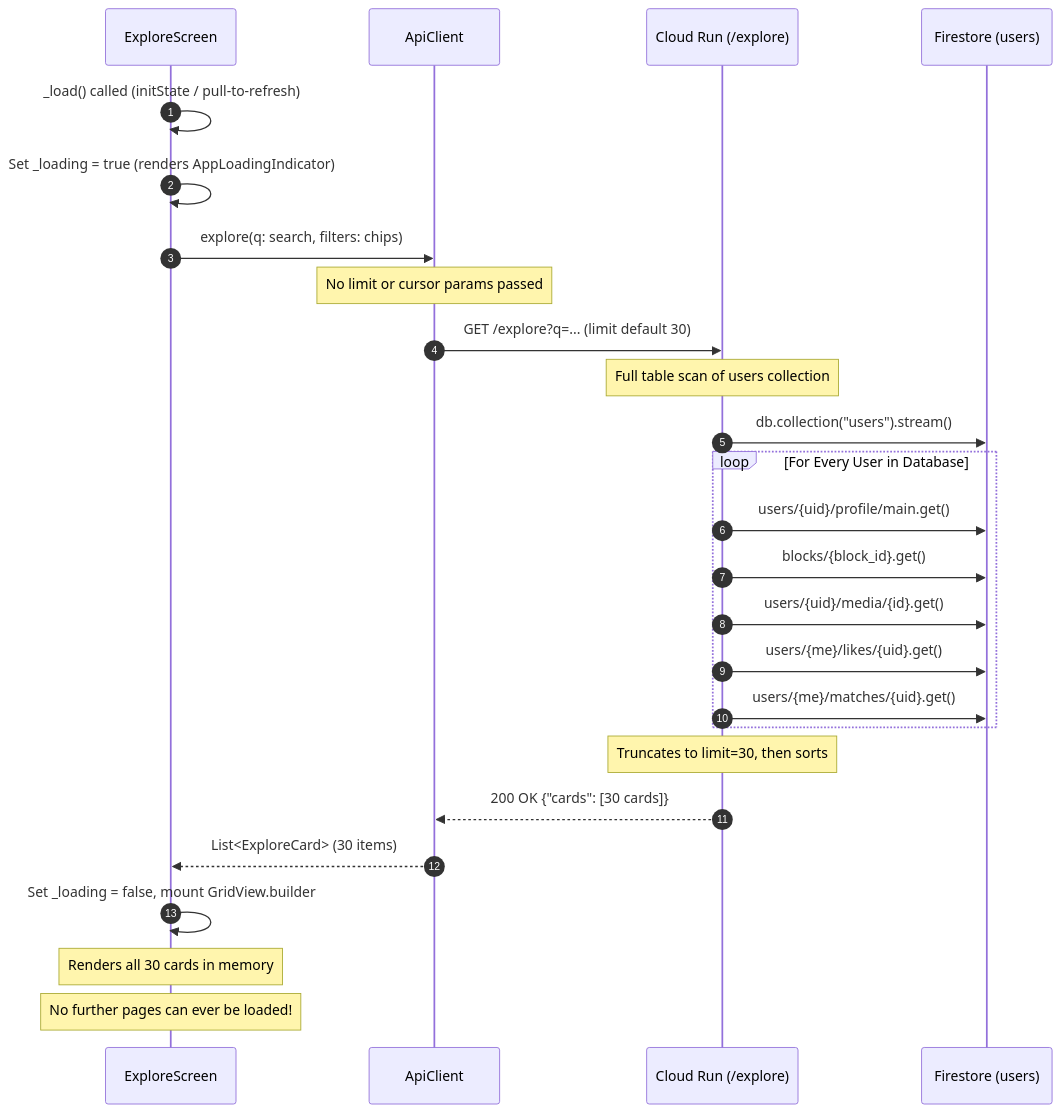
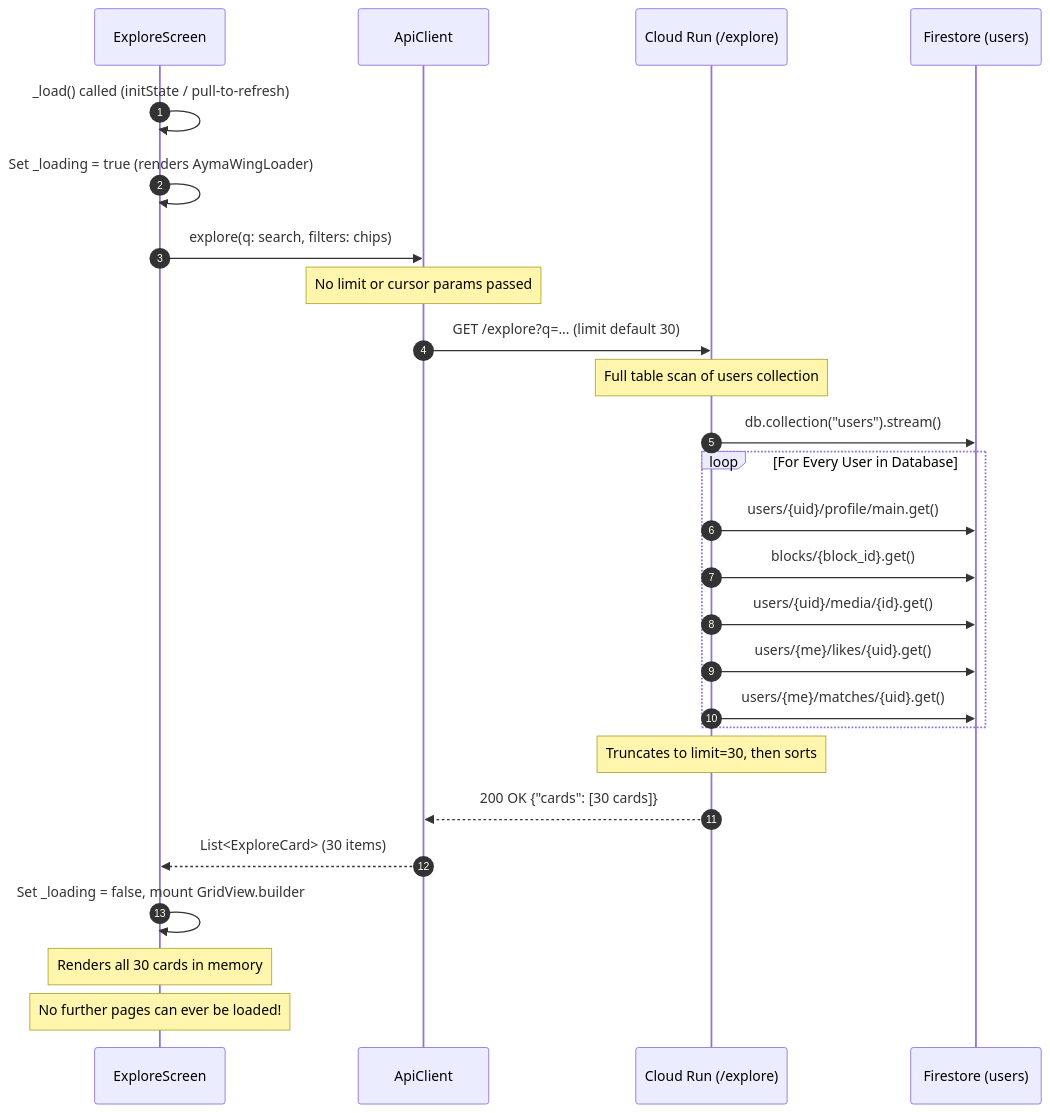
The first of 7 diagrams in docs/perf/phase2-pagination-design.md (suhailps93/ayma-v2), drawn with Mermaid before and after one commit. The commit also changed other lines of this file and 64 other files, not shown here.

First line of the commit message:
feat(loader): shared fluttering-wing loader with truthful status lines app-wide (2288)

````diff
--- a/docs/perf/phase2-pagination-design.md
+++ b/docs/perf/phase2-pagination-design.md
@@ -45,29 +45,29 @@
 ```mermaid
 sequenceDiagram
     autonumber
     participant UI as ExploreScreen
     participant API as ApiClient
     participant Server as Cloud Run (/explore)
     participant DB as Firestore (users)
 
     UI->>UI: _load() called (initState / pull-to-refresh)
-    UI->>UI: Set _loading = true (renders AppLoadingIndicator)
+    UI->>UI: Set _loading = true (renders AymaWingLoader)
     UI->>API: explore(q: search, filters: chips)
     Note over API: No limit or cursor params passed
     API->>Server: GET /explore?q=... (limit default 30)
     Note over Server: Full table scan of users collection
     Server->>DB: db.collection("users").stream()
     loop For Every User in Database
         Server->>DB: users/{uid}/profile/main.get()
         Server->>DB: blocks/{block_id}.get()
         Server->>DB: users/{uid}/media/{id}.get()
         Server->>DB: users/{me}/likes/{uid}.get()
         Server->>DB: users/{me}/matches/{uid}.get()
     end
     Note over Server: Truncates to limit=30, then sorts
     Server-->>API: 200 OK {"cards": [30 cards]}
     API-->>UI: List<ExploreCard> (30 items)
     UI->>UI: Set _loading = false, mount GridView.builder
     Note over UI: Renders all 30 cards in memory
     Note over UI: No further pages can ever be loaded!
 ```
````
